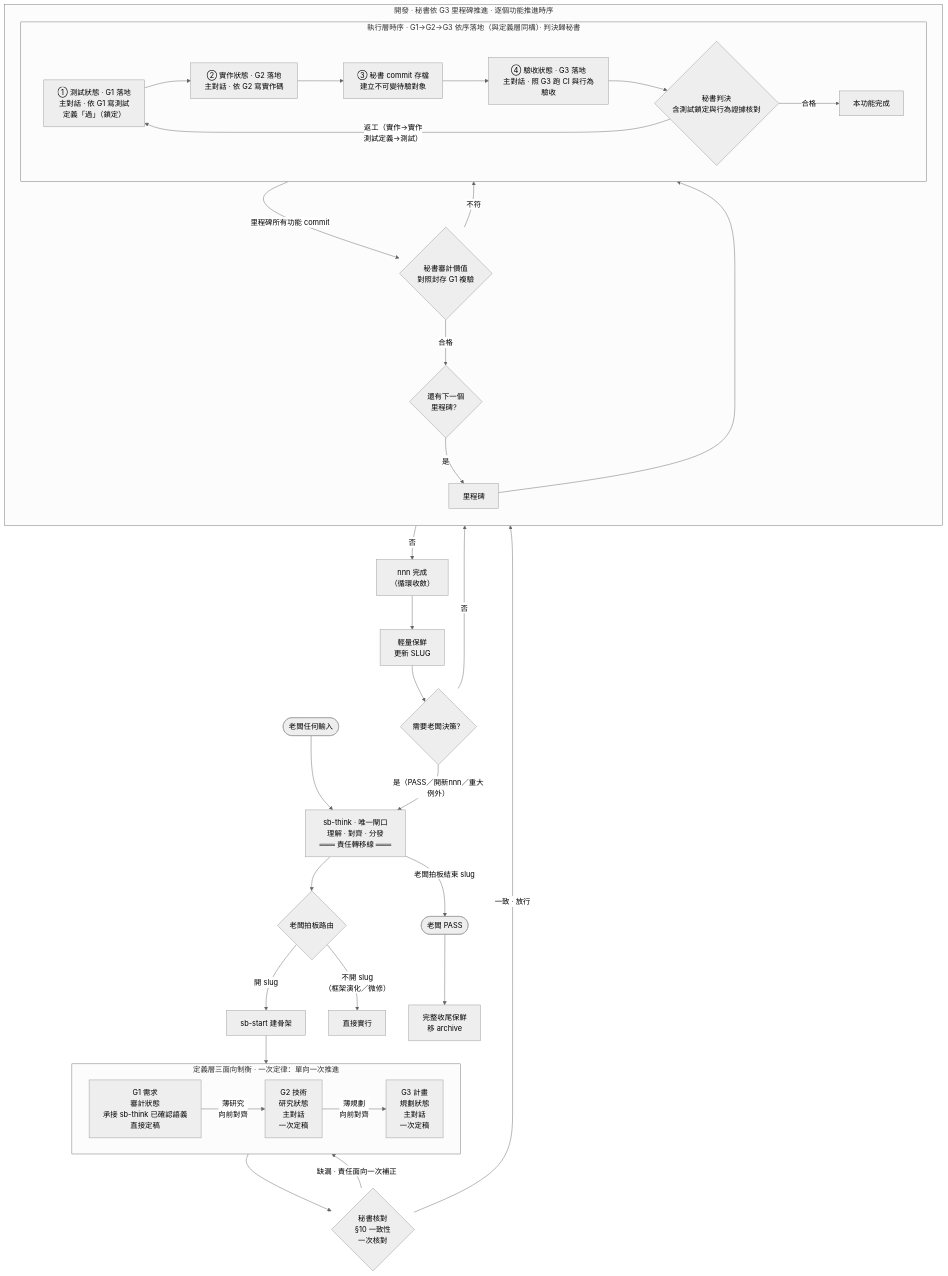
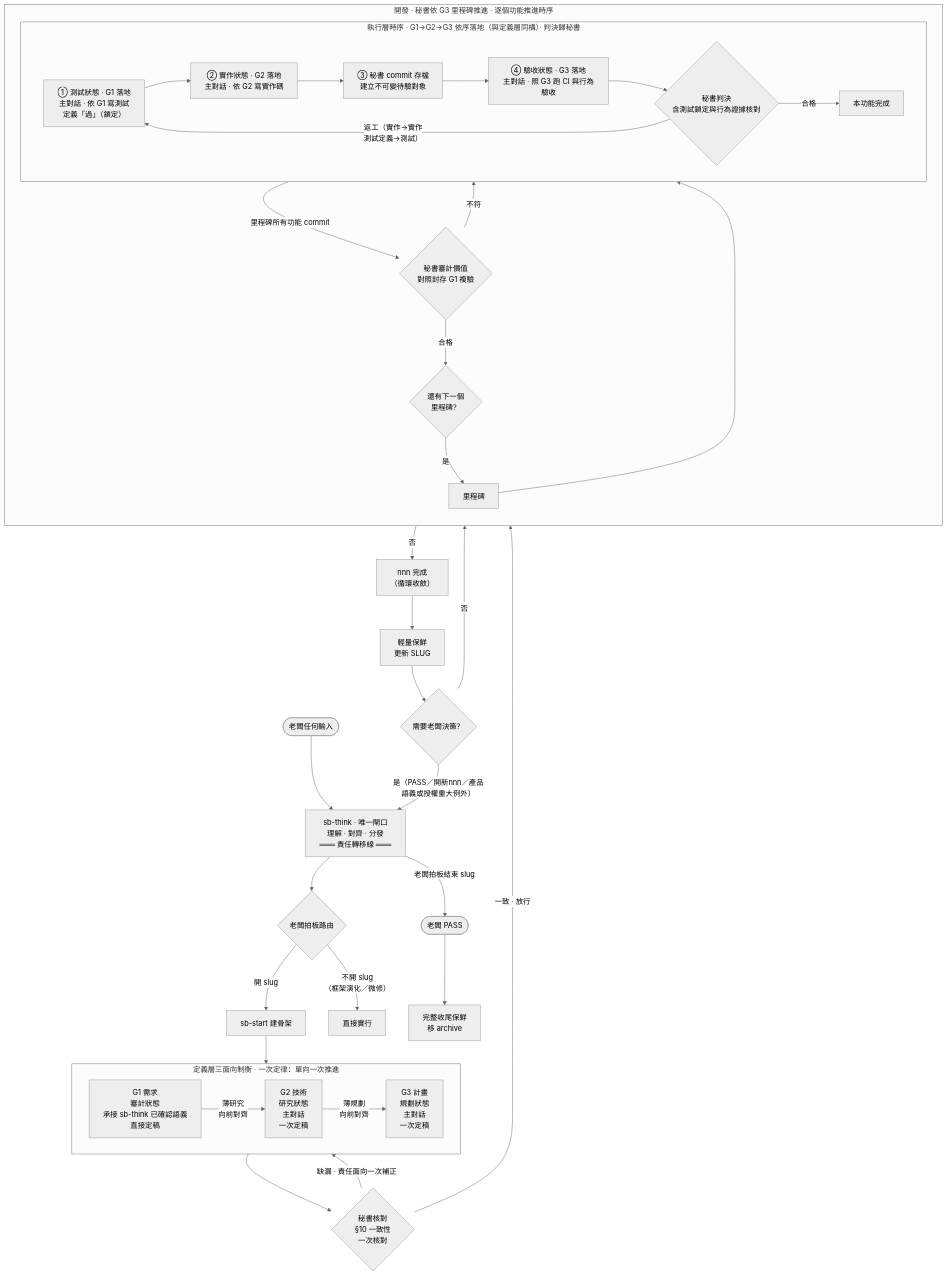
One commit to teps3105/shiftblame changed the first of 2 diagrams in README.md. Above: the diagram before and after it, drawn with Mermaid (neutral theme). The commit also changed other lines of this file and 17 other files, not shown here.

````diff
--- a/README.md
+++ b/README.md
@@ -52,43 +53,43 @@
 ```mermaid
 flowchart TD
     Boss([老闆任何輸入]) --> Think["sb-think · 唯一閘口<br/>理解 · 對齊 · 分發<br/>═══ 責任轉移線 ═══"]
     Think --> Route{老闆拍板路由}
     Route -- "開 slug" --> Start["sb-start 建骨架"] --> Check
     Route -- "不開 slug<br/>（框架演化／微修）" --> Direct["直接實行"]
 
     subgraph Check["定義層三面向制衡 · 一次定律：單向一次推進"]
         direction LR
         G1["G1 需求<br/>審計狀態<br/>承接 sb-think 已確認語義<br/>直接定稿"] -->|薄研究<br/>向前對齊| G2["G2 技術<br/>研究狀態<br/>主對話<br/>一次定稿"]
         G2 -->|薄規劃<br/>向前對齊| G3["G3 計畫<br/>規劃狀態<br/>主對話<br/>一次定稿"]
     end
 
     Check --> Consist{秘書核對<br/>§10 一致性<br/>一次核對}
     Consist -- 缺漏 · 責任面向一次補正 --> Check
     Consist -- 一致 · 放行 --> Dev
 
     subgraph Dev["開發 · 秘書依 G3 里程碑推進 · 逐個功能推進時序"]
         direction TB
         MS["里程碑"] --> Loop
         subgraph Loop["執行層時序 · G1→G2→G3 依序落地（與定義層同構）· 判決歸秘書"]
             direction LR
             T["① 測試狀態 · G1 落地<br/>主對話 · 依 G1 寫測試<br/>定義「過」（鎖定）"] --> D["② 實作狀態 · G2 落地<br/>主對話 · 依 G2 寫實作碼"]
             D --> Commit["③ 秘書 commit 存檔<br/>建立不可變待驗對象"]
             Commit --> A["④ 驗收狀態 · G3 落地<br/>主對話 · 照 G3 跑 CI 與行為驗收"]
             A --> Judge{秘書判決<br/>含測試鎖定與行為證據核對}
             Judge -- 合格 --> Done["本功能完成"]
             Judge -- "返工（實作→實作<br/>測試定義→測試）" --> T
         end
         Loop -- 里程碑所有功能 commit --> MA{"秘書審計價值<br/>對照封存 G1 複驗"}
         MA -- 不符 --> Loop
         MA -- 合格 --> Next{還有下一個<br/>里程碑？}
         Next -- 是 --> MS
     end
 
     Next -- 否 --> NnnDone["nnn 完成<br/>（循環收斂）"]
     NnnDone --> LightFresh["輕量保鮮<br/>更新 SLUG"]
     LightFresh --> Decide{"需要老闆決策？"}
-    Decide -- 是（PASS／開新nnn／重大例外） --> Think
+    Decide -- 是（PASS／開新nnn／產品語義或授權重大例外） --> Think
     Decide -- 否 --> Dev
     Think -- 老闆拍板結束 slug --> Pass([老闆 PASS])
     Pass --> FullFresh["完整收尾保鮮<br/>移 archive"]
 ```
````
